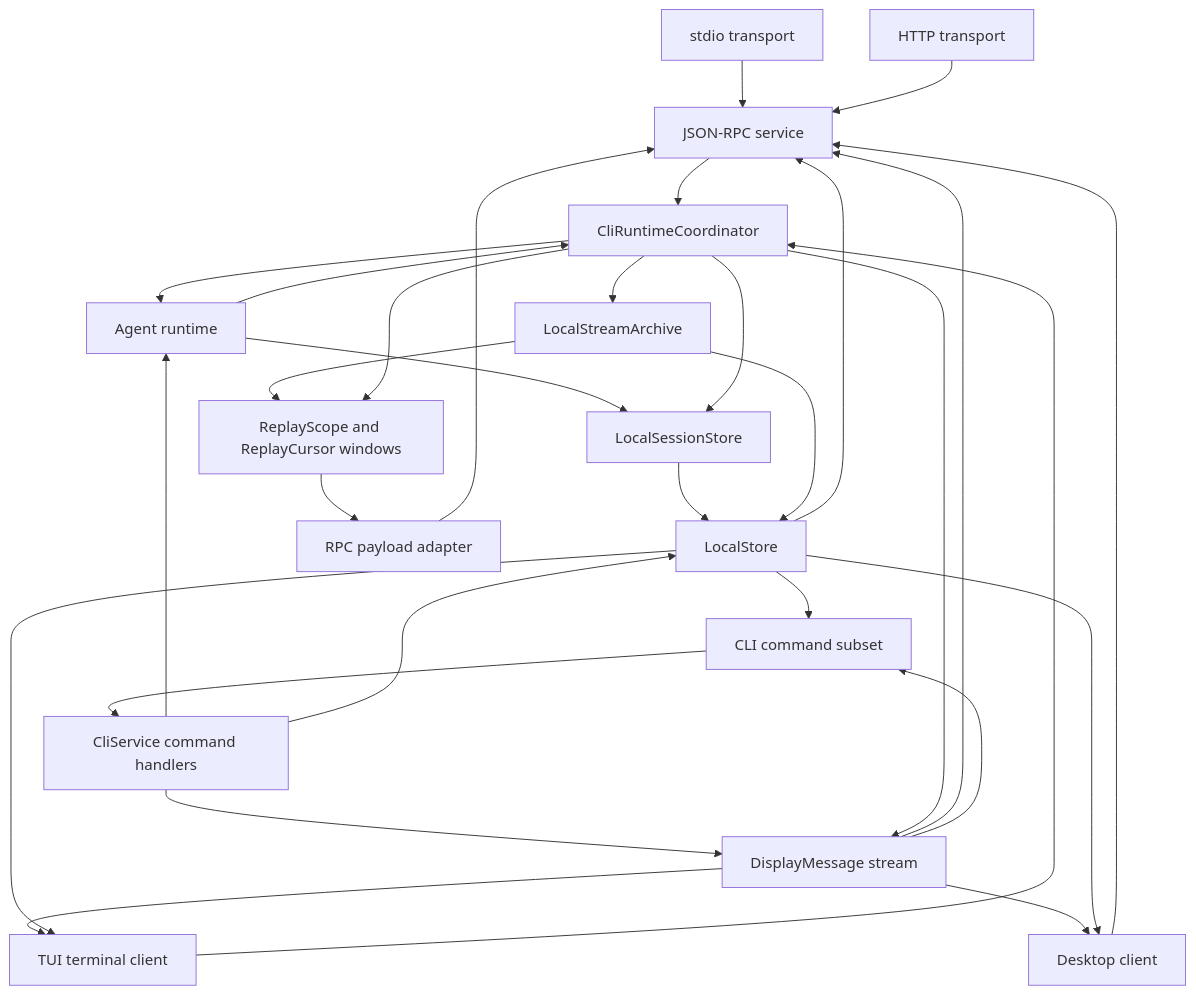
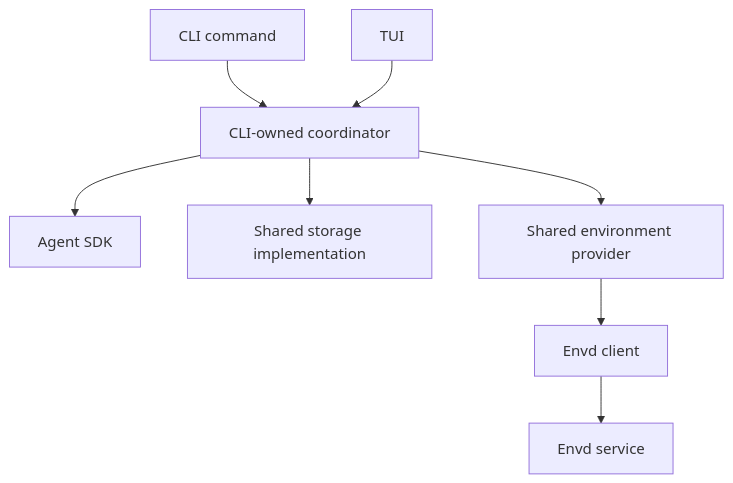
One commit to Wh1isper/starweaver changed the first of 2 diagrams in spec/ops/04-cli-product.md. Above: the diagram before and after it, drawn with Mermaid. The commit also changed other lines of this file and 326 other files, not shown here.

First line of the commit message:
refactor(architecture): consolidate durable execution boundaries (#67)

````diff
--- a/spec/ops/04-cli-product.md
+++ b/spec/ops/04-cli-product.md
@@ -232,48 +166,19 @@
 ```mermaid
 flowchart TD
-    rpc[JSON-RPC service]
-    stdio[stdio transport]
-    http[HTTP transport]
-    cli[CLI command subset]
-    tui[TUI terminal client]
-    desktop[Desktop client]
-    service[CliService command handlers]
-    coordinator[CliRuntimeCoordinator]
-    store[LocalStore]
-    session_store[LocalSessionStore]
-    archive[LocalStreamArchive]
-    replay[ReplayScope and ReplayCursor windows]
-    runtime[Agent runtime]
-    display[DisplayMessage stream]
-    protocol[RPC payload adapter]
+    command[CLI command]
+    tui[TUI]
+    coordinator[CLI-owned coordinator]
+    agent[Agent SDK]
+    storage[Shared storage implementation]
+    environment[Shared environment provider]
+    envd_client[Envd client]
+    envd[Envd service]
 
-    stdio --> rpc
-    http --> rpc
-    rpc --> coordinator
-    cli --> service
+    command --> coordinator
     tui --> coordinator
-    desktop --> rpc
-    service --> runtime
-    service --> store
-    runtime --> session_store
-    service --> display
-    coordinator --> runtime
-    coordinator --> session_store
-    coordinator --> archive
-    runtime --> coordinator
-    coordinator --> display
-    session_store --> store
-    archive --> store
-    archive --> replay
-    coordinator --> replay
-    replay --> protocol
-    protocol --> rpc
-    display --> rpc
-    display --> cli
-    display --> tui
-    display --> desktop
-    store --> rpc
-    store --> cli
-    store --> tui
-    store --> desktop
+    coordinator --> agent
+    coordinator --> storage
+    coordinator --> environment
+    environment --> envd_client
+    envd_client --> envd
 ```
````
